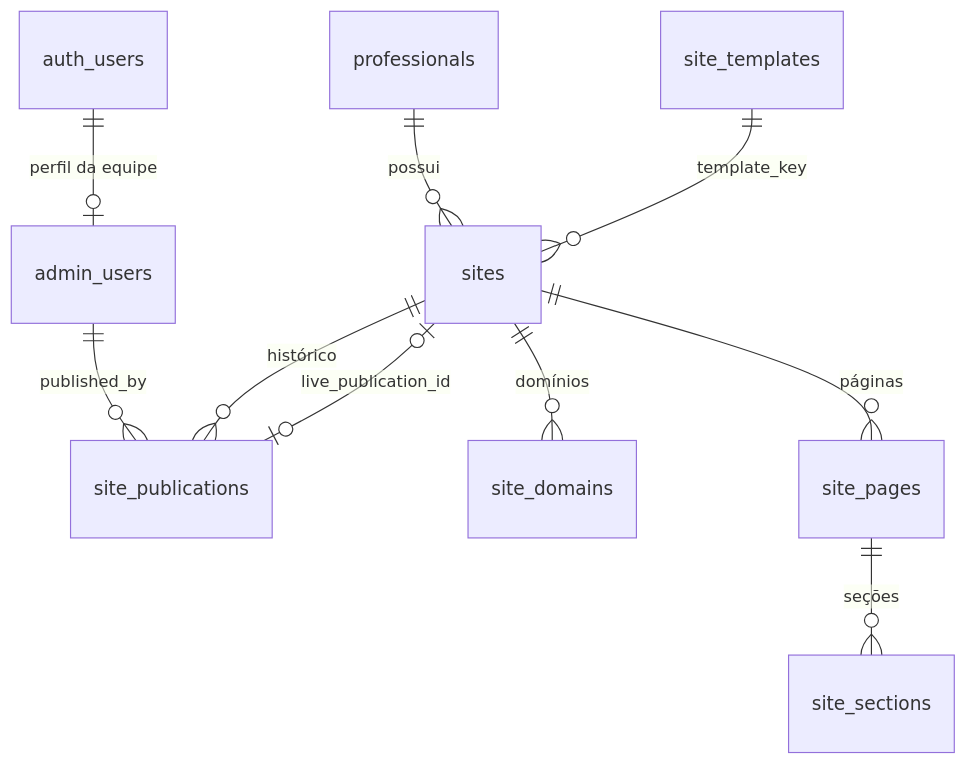
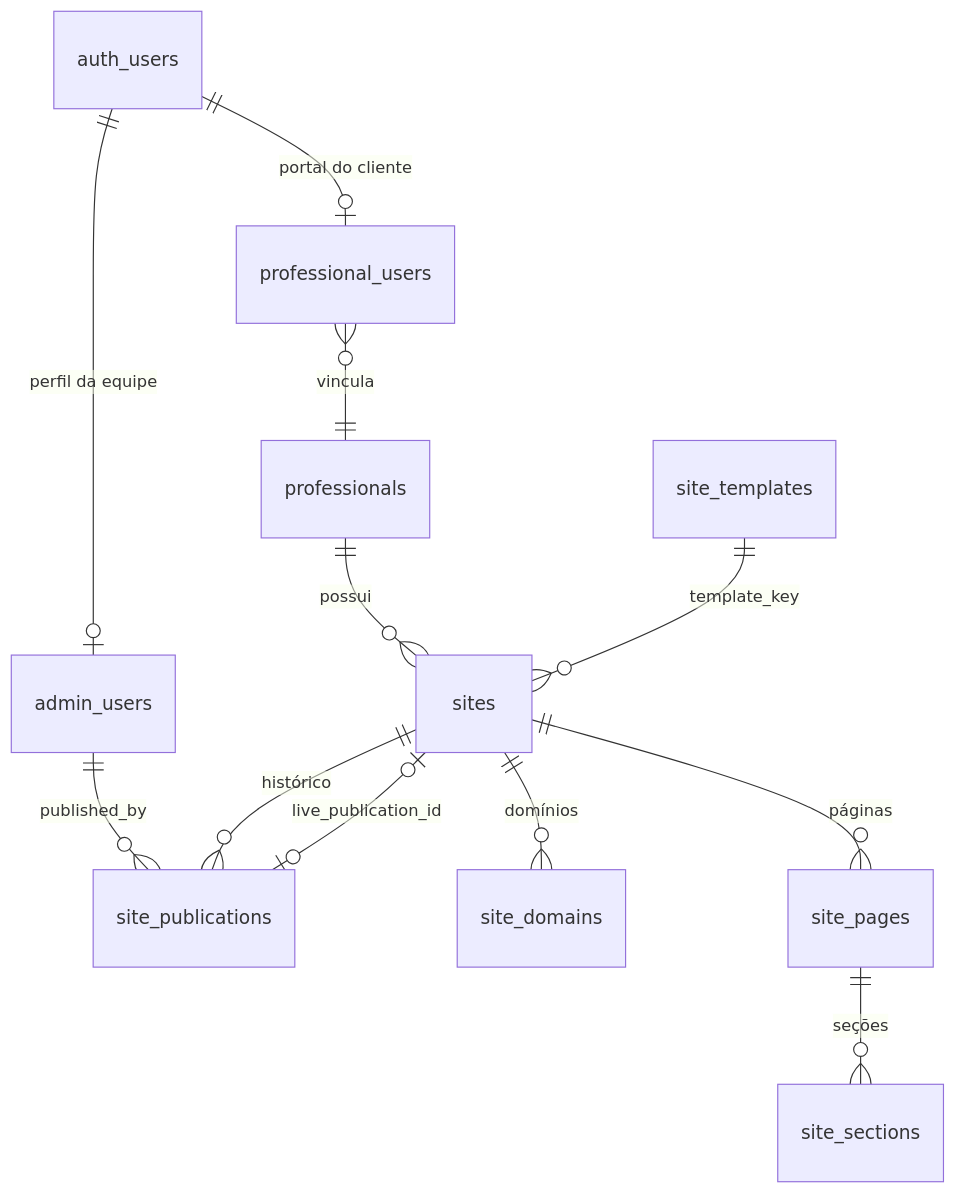
Before and after one commit to allan-minato/mindcare-platform: the diagram in docs/database.md, drawn with Mermaid. The commit also changed other lines of this file and 21 other files, not shown here.

````diff
--- a/docs/database.md
+++ b/docs/database.md
@@ -7,12 +7,14 @@
 ```mermaid
 erDiagram
   auth_users ||--o| admin_users : "perfil da equipe"
+  auth_users ||--o| professional_users : "portal do cliente"
+  professional_users }o--|| professionals : "vincula"
   admin_users ||--o{ site_publications : "published_by"
   professionals ||--o{ sites : "possui"
   site_templates ||--o{ sites : "template_key"
   sites ||--o{ site_domains : "domínios"
   sites ||--o{ site_pages : "páginas"
   site_pages ||--o{ site_sections : "seções"
   sites ||--o{ site_publications : "histórico"
   sites |o--o| site_publications : "live_publication_id"
 ```
````
